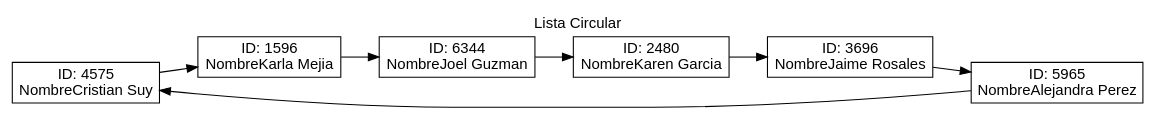
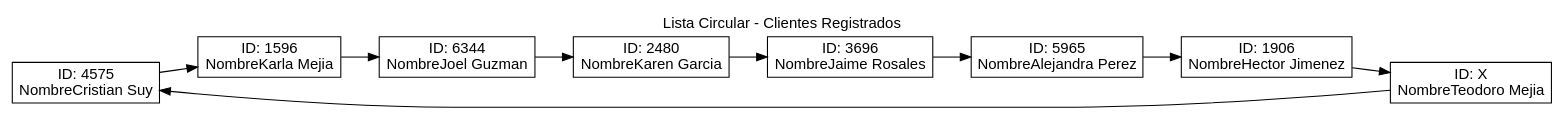
Before and after one commit to brandonT2002/EDD_VJ1S2023_PY_202112030: the diagram in Reportes/ListaCircular.dot, drawn with Graphviz. The commit also changed 8 other files, not shown here.

```diff
--- a/Reportes/ListaCircular.dot
+++ b/Reportes/ListaCircular.dot
@@ -1,13 +1,15 @@
 digraph G {
-fontname="Arial"label="Lista Circular"
+fontname="Arial"label="Lista Circular - Clientes Registrados"
 labelloc = t
 rankdir=LR;
 node[shape="box" fontname="Arial"];
 nodo_0 [label="ID: 4575\nNombreCristian Suy"];
 nodo_1 [label="ID: 1596\nNombreKarla Mejia"];
 nodo_2 [label="ID: 6344\nNombreJoel Guzman"];
 nodo_3 [label="ID: 2480\nNombreKaren Garcia"];
 nodo_4 [label="ID: 3696\nNombreJaime Rosales"];
 nodo_5 [label="ID: 5965\nNombreAlejandra Perez"];
-nodo_0 -> nodo_1 -> nodo_2 -> nodo_3 -> nodo_4 -> nodo_5 -> nodo_0;
+nodo_6 [label="ID: 1906\nNombreHector Jimenez"];
+nodo_7 [label="ID: X\nNombreTeodoro Mejia"];
+nodo_0 -> nodo_1 -> nodo_2 -> nodo_3 -> nodo_4 -> nodo_5 -> nodo_6 -> nodo_7 -> nodo_0;
 }
```
